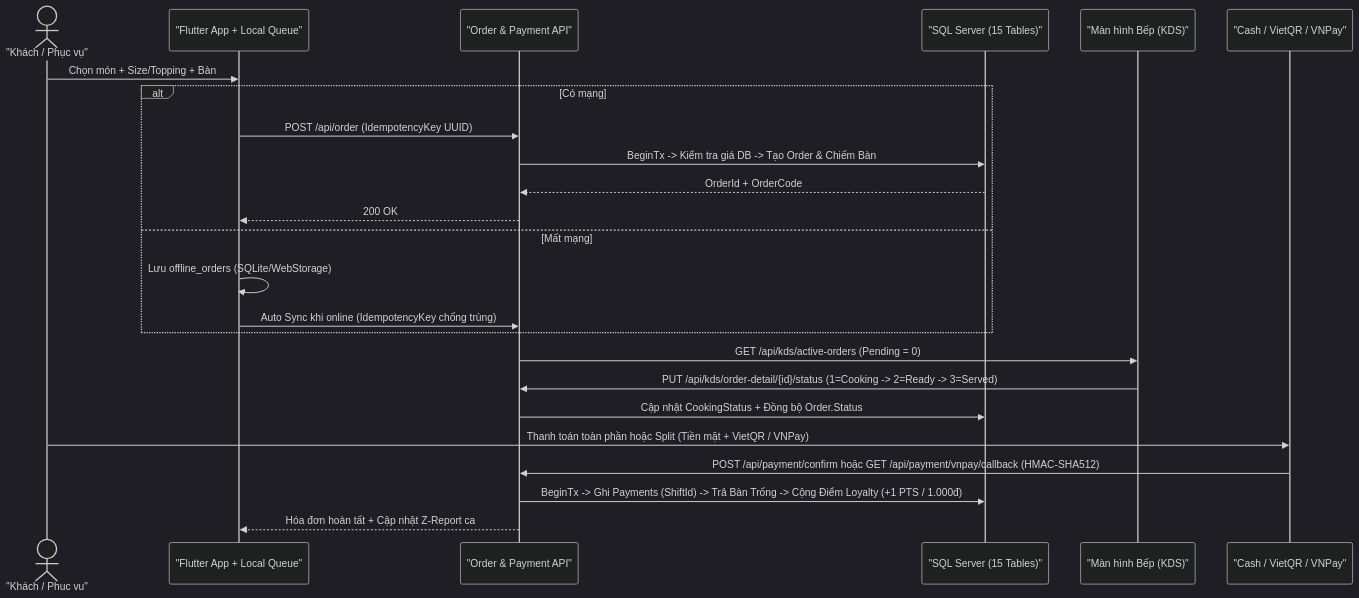
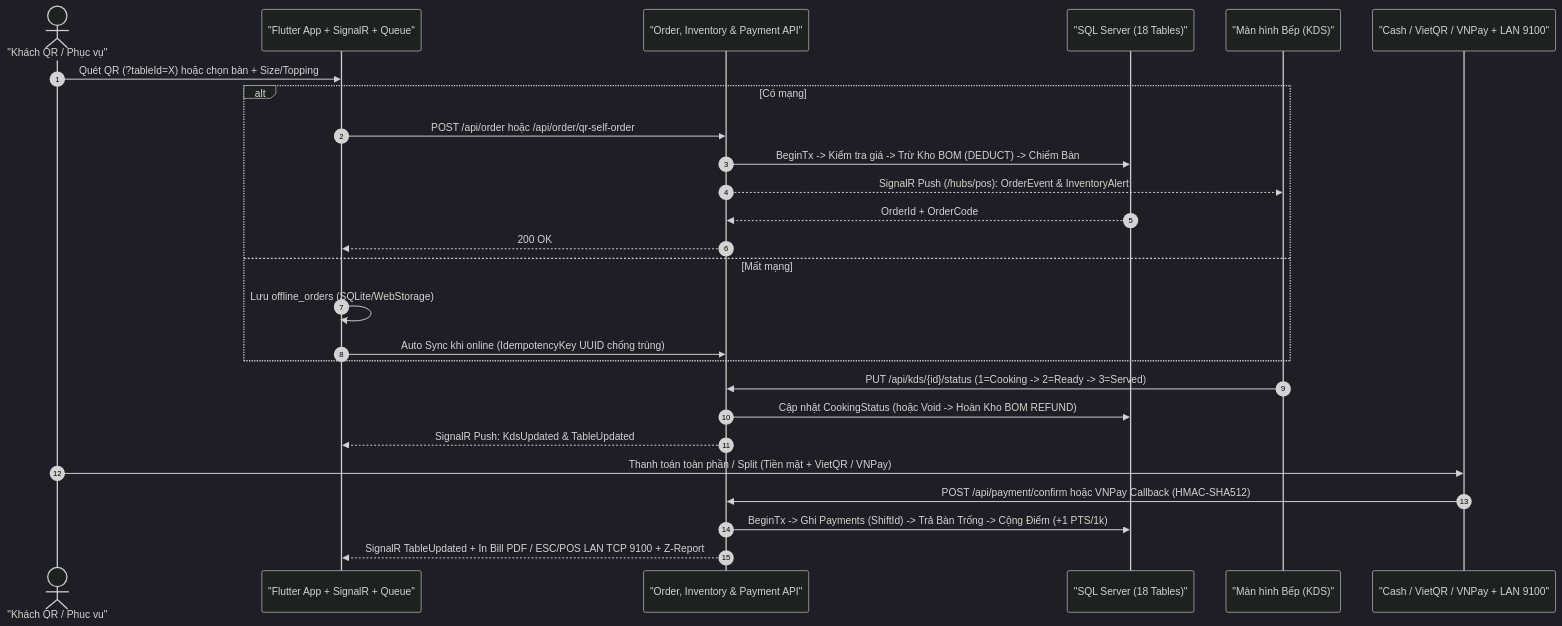
Before and after one commit to TanNguyen234/restaurant-pos-system: the diagram in defense_guide/diagrams/04_end_to_end_pos_sequence.mmd, drawn with Mermaid (dark theme). The commit also changed 19 other files, not shown here.

Commit message:
docs(readme,defense): update README and oral defense pack with diagrams for 18-table upgraded system

```diff
--- a/defense_guide/diagrams/04_end_to_end_pos_sequence.mmd
+++ b/defense_guide/diagrams/04_end_to_end_pos_sequence.mmd
@@ -1,27 +1,29 @@
 sequenceDiagram
-    actor C as "Khách / Phục vụ"
-    participant App as "Flutter App + Local Queue"
-    participant API as "Order & Payment API"
-    participant DB as "SQL Server (15 Tables)"
+    autonumber
+    actor C as "Khách QR / Phục vụ"
+    participant App as "Flutter App + SignalR + Queue"
+    participant API as "Order, Inventory & Payment API"
+    participant DB as "SQL Server (18 Tables)"
     participant KDS as "Màn hình Bếp (KDS)"
-    participant Pay as "Cash / VietQR / VNPay"
+    participant Pay as "Cash / VietQR / VNPay + LAN 9100"
 
-    C->>App: Chọn món + Size/Topping + Bàn
+    C->>App: Quét QR (?tableId=X) hoặc chọn bàn + Size/Topping
     alt Có mạng
-        App->>API: POST /api/order (IdempotencyKey UUID)
-        API->>DB: BeginTx -> Kiểm tra giá DB -> Tạo Order & Chiếm Bàn
+        App->>API: POST /api/order hoặc /api/order/qr-self-order
+        API->>DB: BeginTx -> Kiểm tra giá -> Trừ Kho BOM (DEDUCT) -> Chiếm Bàn
+        API-->>KDS: SignalR Push (/hubs/pos): OrderEvent & InventoryAlert
         DB-->>API: OrderId + OrderCode
         API-->>App: 200 OK
     else Mất mạng
         App->>App: Lưu offline_orders (SQLite/WebStorage)
-        App->>API: Auto Sync khi online (IdempotencyKey chống trùng)
+        App->>API: Auto Sync khi online (IdempotencyKey UUID chống trùng)
     end
 
-    API->>KDS: GET /api/kds/active-orders (Pending = 0)
-    KDS->>API: PUT /api/kds/order-detail/{id}/status (1=Cooking -> 2=Ready -> 3=Served)
-    API->>DB: Cập nhật CookingStatus + Đồng bộ Order.Status
+    KDS->>API: PUT /api/kds/{id}/status (1=Cooking -> 2=Ready -> 3=Served)
+    API->>DB: Cập nhật CookingStatus (hoặc Void -> Hoàn Kho BOM REFUND)
+    API-->>App: SignalR Push: KdsUpdated & TableUpdated
 
-    C->>Pay: Thanh toán toàn phần hoặc Split (Tiền mặt + VietQR / VNPay)
-    Pay->>API: POST /api/payment/confirm hoặc GET /api/payment/vnpay/callback (HMAC-SHA512)
-    API->>DB: BeginTx -> Ghi Payments (ShiftId) -> Trả Bàn Trống -> Cộng Điểm Loyalty (+1 PTS / 1.000đ)
-    API-->>App: Hóa đơn hoàn tất + Cập nhật Z-Report ca
+    C->>Pay: Thanh toán toàn phần / Split (Tiền mặt + VietQR / VNPay)
+    Pay->>API: POST /api/payment/confirm hoặc VNPay Callback (HMAC-SHA512)
+    API->>DB: BeginTx -> Ghi Payments (ShiftId) -> Trả Bàn Trống -> Cộng Điểm (+1 PTS/1k)
+    API-->>App: SignalR TableUpdated + In Bill PDF / ESC/POS LAN TCP 9100 + Z-Report
```
